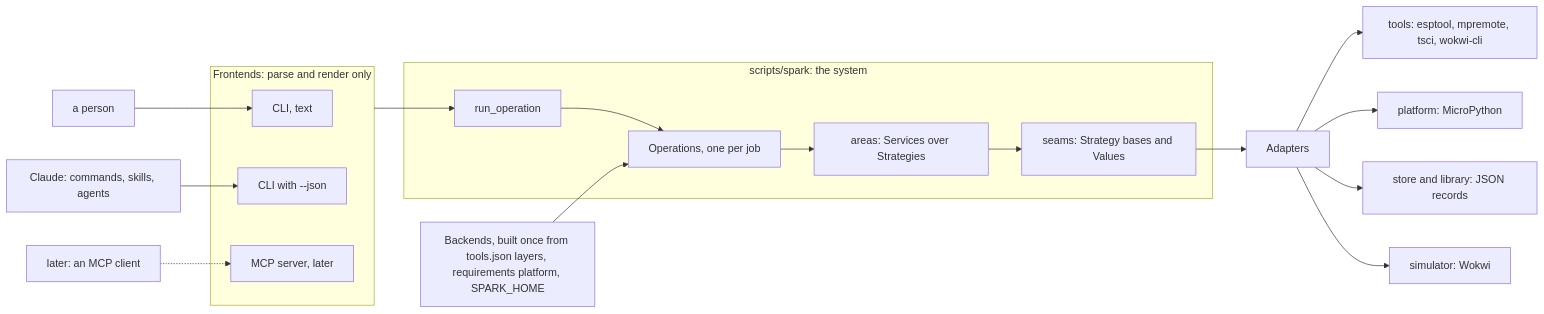
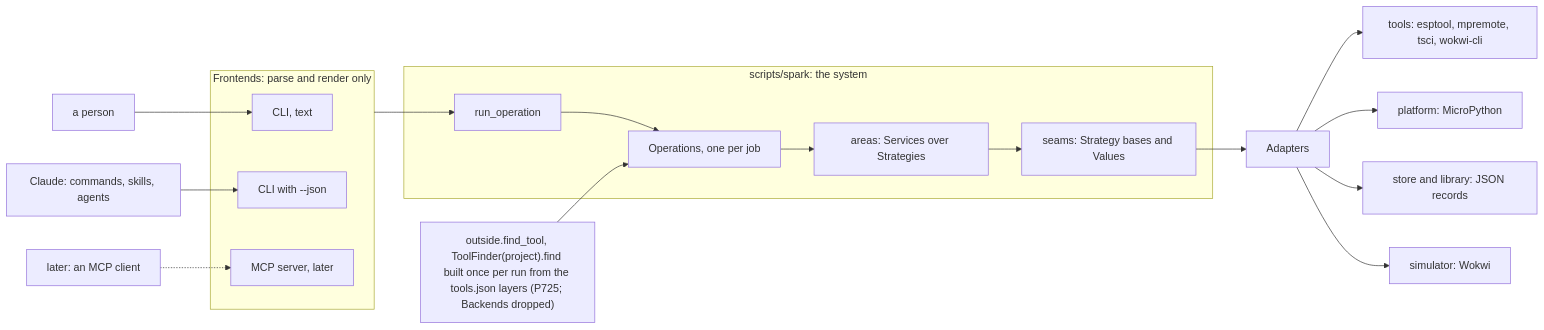
Before and after one commit to xmejkal/spark: the first of 3 diagrams in docs/discovery/2026-10-19-p323-target-architecture/architecture/README.md, drawn with Mermaid. The commit also changed other lines of this file and 46 other files, not shown here.

````diff
--- a/docs/discovery/2026-10-19-p323-target-architecture/architecture/README.md
+++ b/docs/discovery/2026-10-19-p323-target-architecture/architecture/README.md
@@ -38,23 +38,23 @@
 ```mermaid
 flowchart LR
   P["a person"] --> TXT["CLI, text"]
   C["Claude: commands, skills, agents"] --> JSON["CLI with --json"]
   M["later: an MCP client"] -.-> MCP["MCP server, later"]
   subgraph FE["Frontends: parse and render only"]
     TXT
     JSON
     MCP
   end
   FE --> RO["run_operation"]
   subgraph SYS["scripts/spark: the system"]
     RO --> OPS["Operations, one per job"]
     OPS --> AREAS["areas: Services over Strategies"]
     AREAS --> PORTS["seams: Strategy bases and Values"]
   end
-  CFG["Backends, built once from tools.json layers, requirements platform, SPARK_HOME"] --> OPS
+  CFG["outside.find_tool, ToolFinder(project).find built once per run from the tools.json layers (P725; Backends dropped)"] --> OPS
   PORTS --> AD["Adapters"]
   AD --> T["tools: esptool, mpremote, tsci, wokwi-cli"]
   AD --> PL["platform: MicroPython"]
   AD --> ST["store and library: JSON records"]
   AD --> SIM["simulator: Wokwi"]
 ```
````
